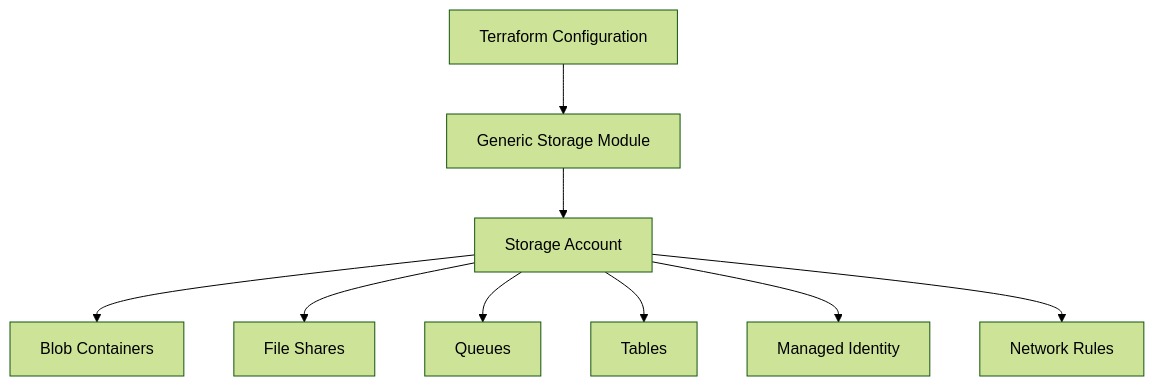
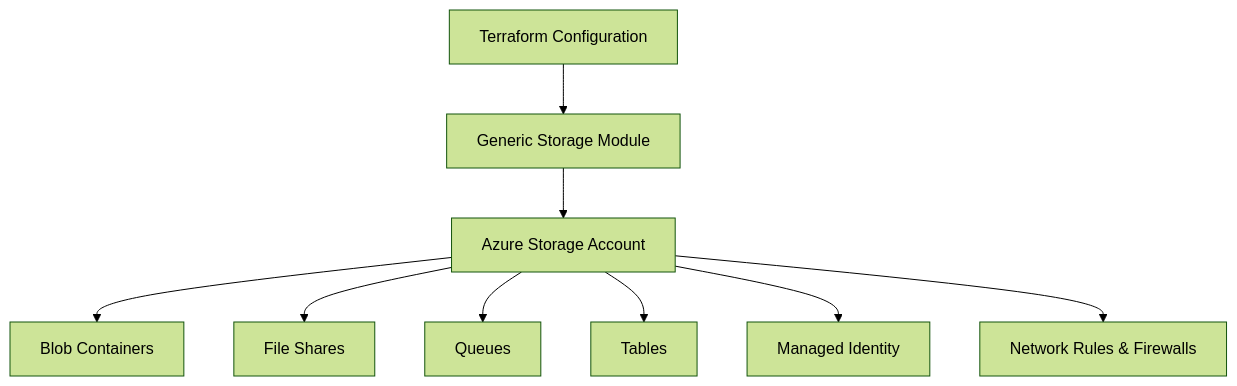
One commit to Pjaisw1103/Storage_Account changed the diagram in README.md. Above: the diagram before and after it, drawn with Mermaid (forest theme). The commit also changed other lines of this file, not shown here.

````diff
--- a/README.md
+++ b/README.md
@@ -36,16 +19,11 @@
 ```mermaid
 flowchart TD
-
-A[Terraform Configuration]
---> B[Generic Storage Module]
-
-B --> C[Storage Account]
-
-C --> D[Blob Containers]
-C --> E[File Shares]
-C --> F[Queues]
-C --> G[Tables]
-
-C --> H[Managed Identity]
-C --> I[Network Rules]
+    A[Terraform Configuration] --> B[Generic Storage Module]
+    B --> C[Azure Storage Account]
+    C --> D[Blob Containers]
+    C --> E[File Shares]
+    C --> F[Queues]
+    C --> G[Tables]
+    C --> H[Managed Identity]
+    C --> I[Network Rules & Firewalls]
 ```
````
